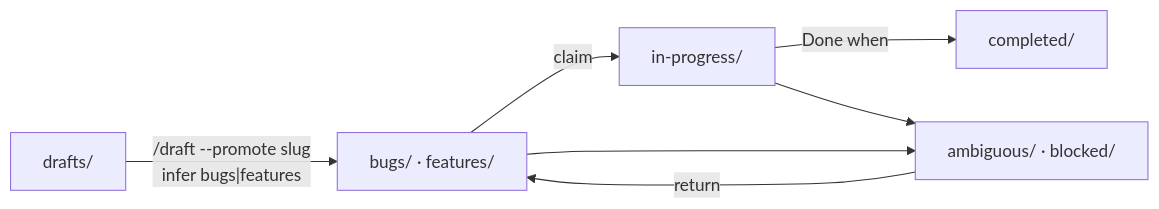
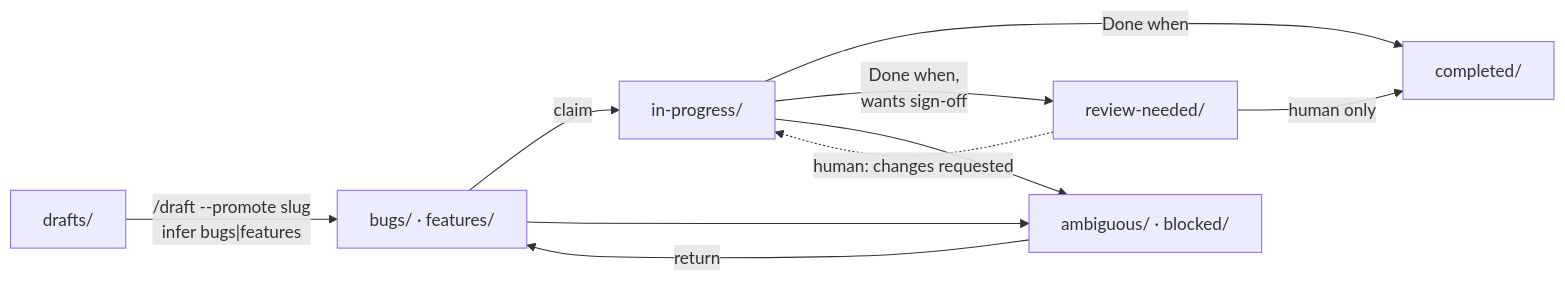
One commit to carefreeinv/anchor changed the third of 4 diagrams in docs/docs/doctrine.md. Above: the diagram before and after it, drawn with Mermaid. The commit also changed other lines of this file and 13 other files, not shown here.

First line of the commit message:
Add review-needed lane for human sign-off before completion

````diff
--- a/docs/docs/doctrine.md
+++ b/docs/docs/doctrine.md
@@ -77,15 +77,19 @@
 ```mermaid
 flowchart LR
   drafts["drafts/"]
   ready["bugs/ · features/"]
   prog["in-progress/"]
+  review["review-needed/"]
   done["completed/"]
   park["ambiguous/ · blocked/"]
 
   drafts -->|"/draft --promote slug<br/>infer bugs|features"| ready
   ready -->|"claim"| prog
   prog -->|"Done when"| done
+  prog -->|"Done when,<br/>wants sign-off"| review
+  review -->|"human only"| done
+  review -.->|"human: changes requested"| prog
   ready --> park
   prog --> park
   park -->|"return"| ready
 ```
````
